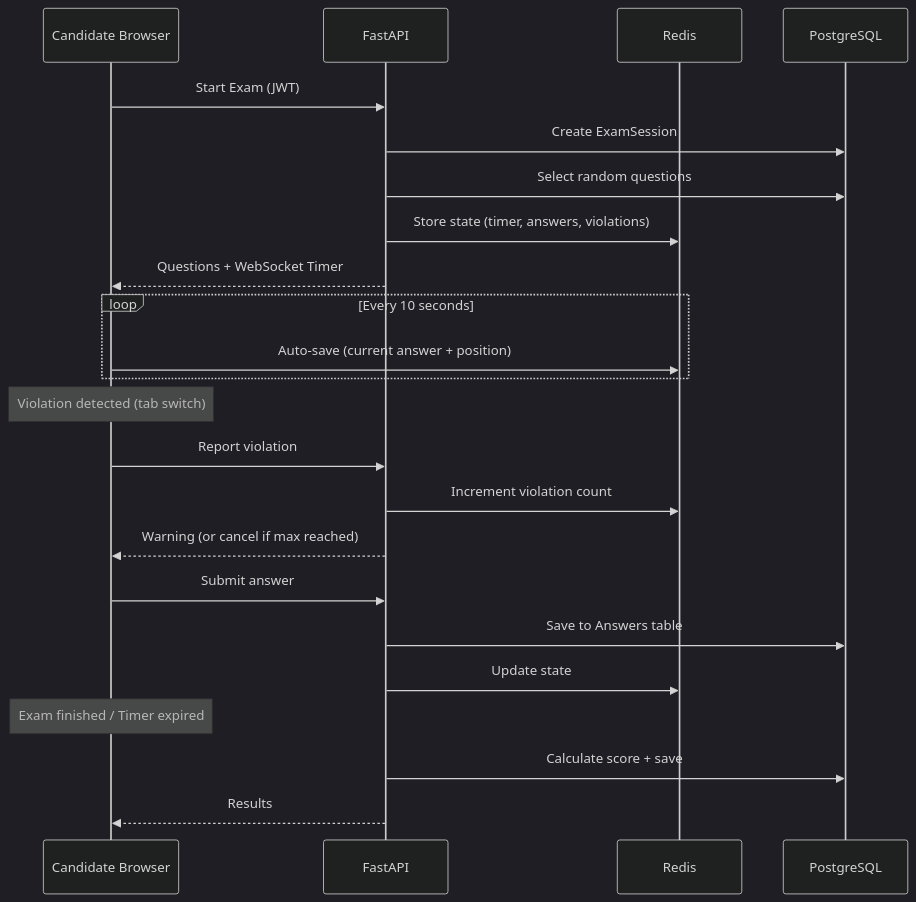
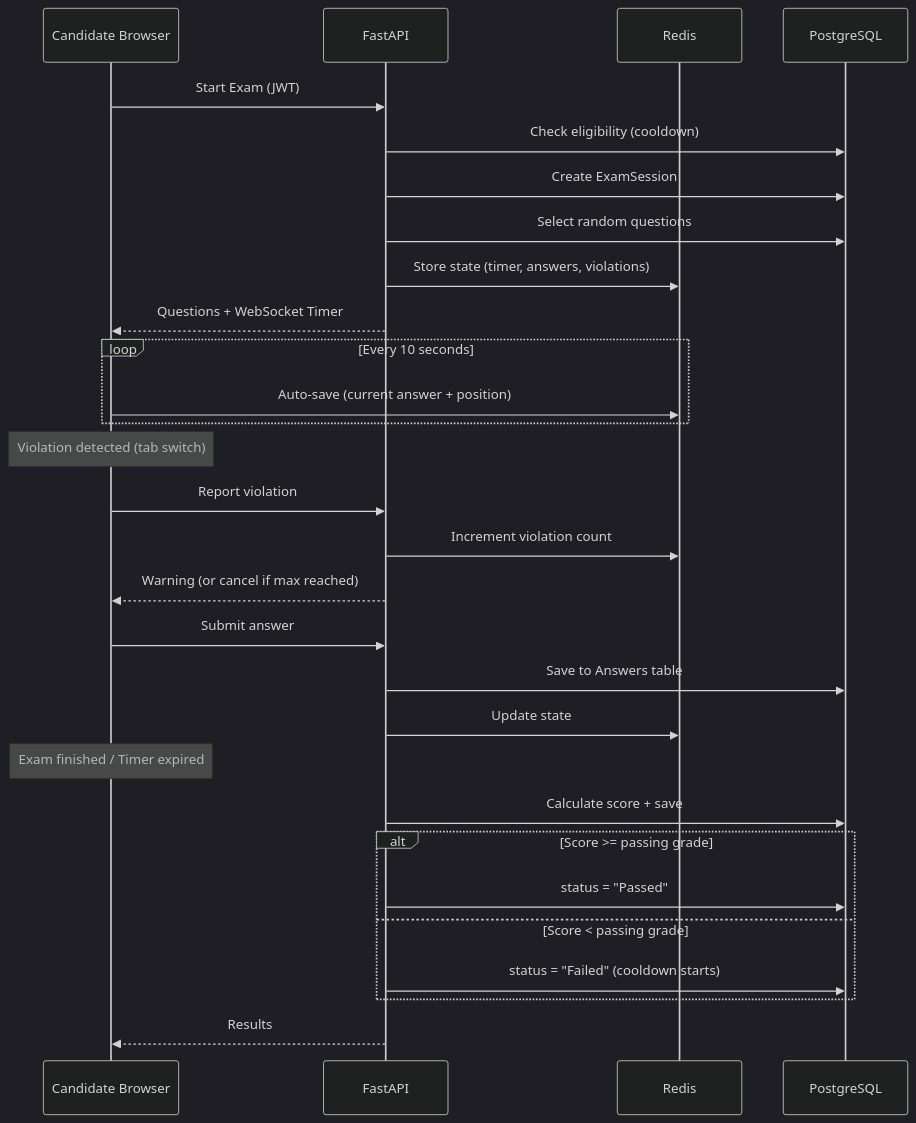
The seventh of 10 diagrams in README.md (mohamed-abouseada121/temp-repo), drawn with Mermaid (dark theme) before and after one commit. The commit also changed other lines of this file, not shown here.

````diff
--- a/README.md
+++ b/README.md
@@ -427,30 +491,36 @@
 ```mermaid
 sequenceDiagram
     participant C as Candidate Browser
     participant API as FastAPI
     participant R as Redis
     participant DB as PostgreSQL
 
     C->>API: Start Exam (JWT)
+    API->>DB: Check eligibility (cooldown)
     API->>DB: Create ExamSession
     API->>DB: Select random questions
     API->>R: Store state (timer, answers, violations)
     API-->>C: Questions + WebSocket Timer
 
     loop Every 10 seconds
         C->>R: Auto-save (current answer + position)
     end
 
     Note over C: Violation detected (tab switch)
     C->>API: Report violation
     API->>R: Increment violation count
     API-->>C: Warning (or cancel if max reached)
 
     C->>API: Submit answer
     API->>DB: Save to Answers table
     API->>R: Update state
 
     Note over C: Exam finished / Timer expired
     API->>DB: Calculate score + save
+    alt Score >= passing grade
+        API->>DB: status = "Passed"
+    else Score < passing grade
+        API->>DB: status = "Failed" (cooldown starts)
+    end
     API-->>C: Results
 ```
````
